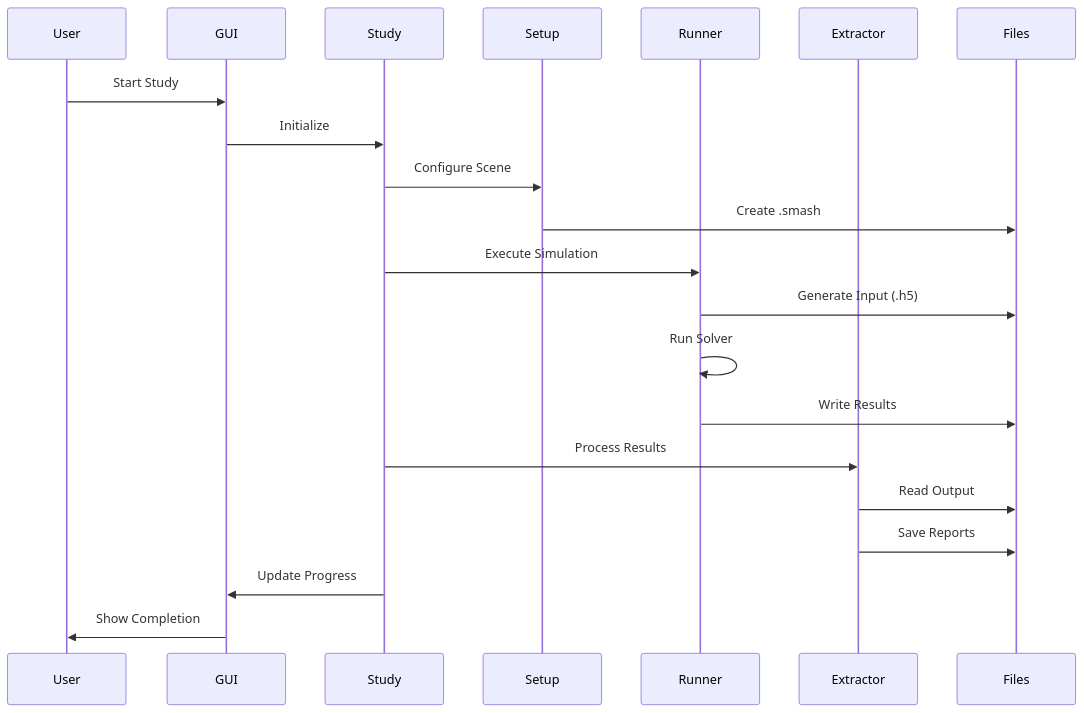
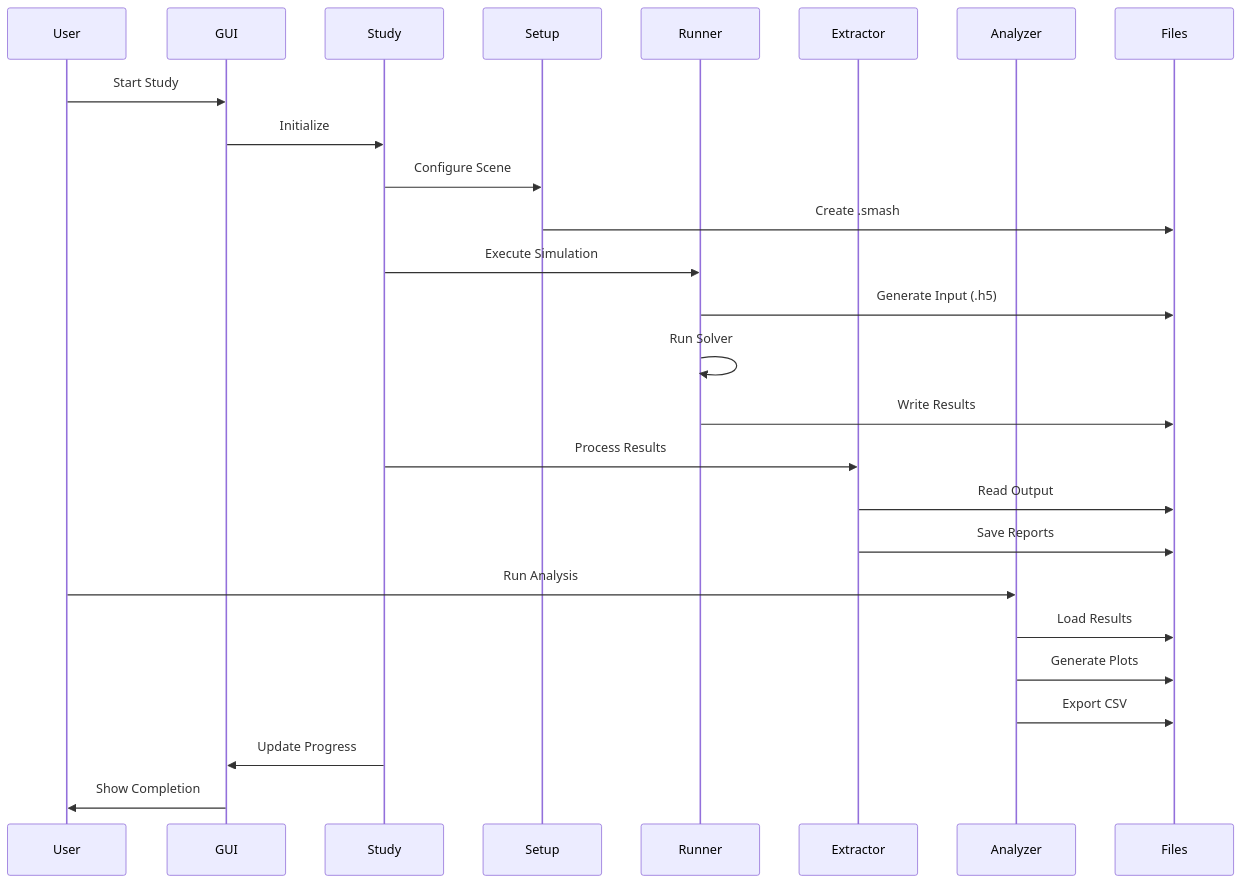
The second of 2 diagrams in docs/developer_guide/technical_guide.md (rwydaegh/goliat), drawn with Mermaid before and after one commit. The commit also changed other lines of this file and 42 other files, not shown here.

First line of the commit message:
docs: Expand analysis documentation in user and developer guides (#107)

````diff
--- a/docs/developer_guide/technical_guide.md
+++ b/docs/developer_guide/technical_guide.md
@@ -74,24 +76,29 @@
 ```mermaid
 sequenceDiagram
     participant User
     participant GUI
     participant Study
     participant Setup
     participant Runner
     participant Extractor
+    participant Analyzer
     participant Files
     
     User->>GUI: Start Study
     GUI->>Study: Initialize
     Study->>Setup: Configure Scene
     Setup->>Files: Create .smash
     Study->>Runner: Execute Simulation
     Runner->>Files: Generate Input (.h5)
     Runner->>Runner: Run Solver
     Runner->>Files: Write Results
     Study->>Extractor: Process Results
     Extractor->>Files: Read Output
     Extractor->>Files: Save Reports
+    User->>Analyzer: Run Analysis
+    Analyzer->>Files: Load Results
+    Analyzer->>Files: Generate Plots
+    Analyzer->>Files: Export CSV
     Study->>GUI: Update Progress
     GUI->>User: Show Completion
 ```
````
